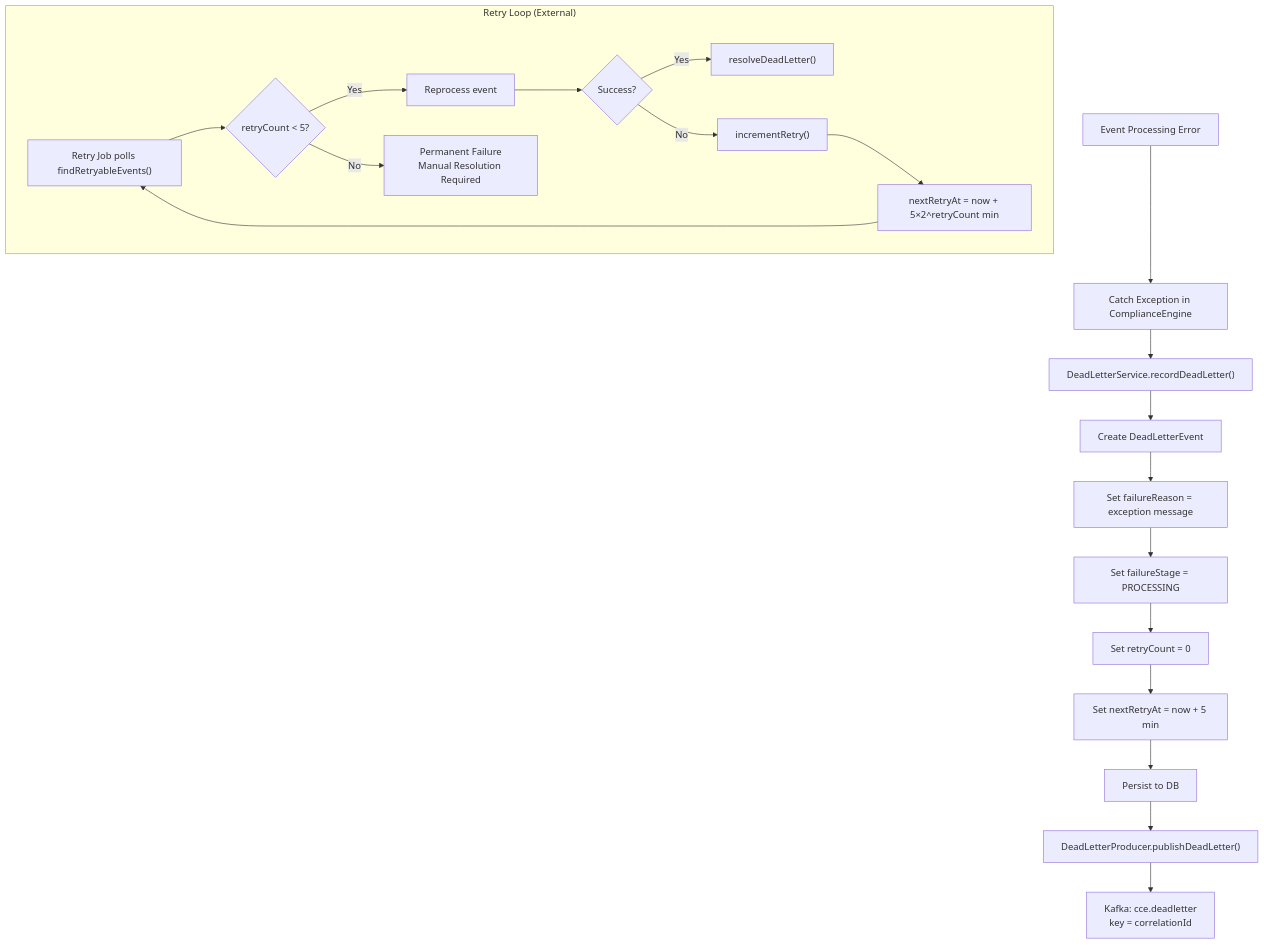
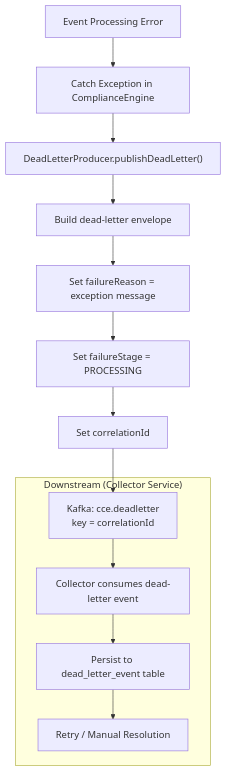
The sixth of 10 diagrams in docs/flow-diagrams.md (ishashankakkasali/cce-compliance-service), drawn with Mermaid before and after one commit. The commit also changed 27 other files, not shown here.

Commit message:
"Removal of dead-letter implementation"

````diff
--- a/docs/flow-diagrams.md
+++ b/docs/flow-diagrams.md
@@ -302,27 +302,17 @@
 ```mermaid
 flowchart TD
     A["Event Processing Error"] --> B["Catch Exception in ComplianceEngine"]
-    B --> C["DeadLetterService.recordDeadLetter()"]
+    B --> C["DeadLetterProducer.publishDeadLetter()"]
 
-    C --> D["Create DeadLetterEvent"]
+    C --> D["Build dead-letter envelope"]
     D --> E["Set failureReason = exception message"]
     E --> F["Set failureStage = PROCESSING"]
-    F --> G["Set retryCount = 0"]
-    G --> H["Set nextRetryAt = now + 5 min"]
-    H --> I["Persist to DB"]
+    F --> G["Set correlationId"]
+    G --> H["Kafka: cce.deadletter<br/>key = correlationId"]
 
-    I --> J["DeadLetterProducer.publishDeadLetter()"]
-    J --> K["Kafka: cce.deadletter<br/>key = correlationId"]
-
-    subgraph "Retry Loop (External)"
-        L["Retry Job polls findRetryableEvents()"]
-        L --> M{"retryCount < 5?"}
-        M -->|"Yes"| N["Reprocess event"]
-        N --> O{"Success?"}
-        O -->|"Yes"| P["resolveDeadLetter()"]
-        O -->|"No"| Q["incrementRetry()"]
-        Q --> R["nextRetryAt = now + 5×2^retryCount min"]
-        R --> L
-        M -->|"No"| S["Permanent Failure<br/>Manual Resolution Required"]
+    subgraph "Downstream (Collector Service)"
+        H --> I["Collector consumes dead-letter event"]
+        I --> J["Persist to dead_letter_event table"]
+        J --> K["Retry / Manual Resolution"]
     end
 ```
````
